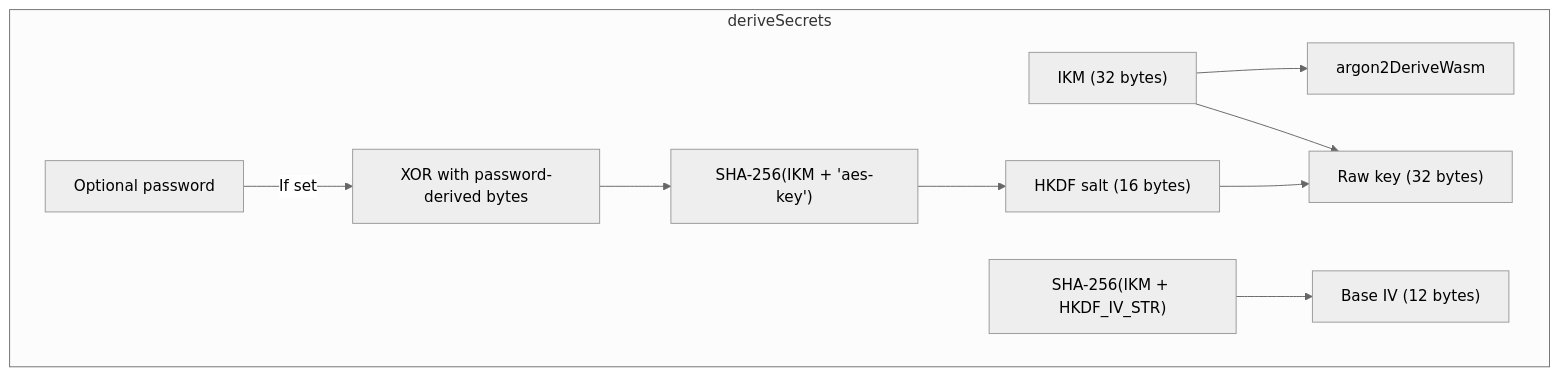
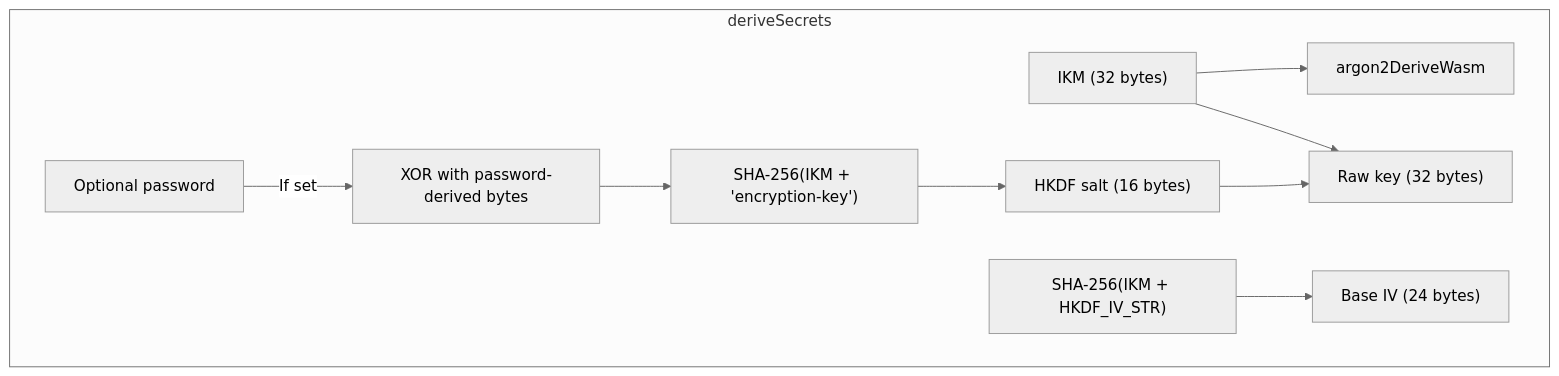
Before and after one commit to chithi-dev/chithi: diagram 23 of 33 in apps/docs/crypto-architecture.md, drawn with Mermaid (neutral theme). The commit also changed other lines of this file, not shown here.

First line of the commit message:
docs: update crypto-architecture.md for XChaCha20-Poly1305 migration

````diff
--- a/apps/docs/crypto-architecture.md
+++ b/apps/docs/crypto-architecture.md
@@ -751,22 +651,22 @@
 ```mermaid
 flowchart TD
     subgraph deriveSecrets
         IKM["IKM (32 bytes)"]
         Password["Optional password"]
         XOR["XOR with password-derived bytes"]
         Argon2["argon2DeriveWasm"]
-        SHA256_1["SHA-256(IKM + 'aes-key')"]
+        SHA256_1["SHA-256(IKM + 'encryption-key')"]
         SHA256_2["SHA-256(IKM + HKDF_IV_STR)"]
         HKDFSalt["HKDF salt (16 bytes)"]
-        BaseIV["Base IV (12 bytes)"]
+        BaseIV["Base IV (24 bytes)"]
         KeyRaw["Raw key (32 bytes)"]
     end
 
     IKM --> Argon2
     Password -->|If set| XOR
     XOR --> SHA256_1
     SHA256_1 --> HKDFSalt
     SHA256_2 --> BaseIV
     IKM --> KeyRaw
     HKDFSalt --> KeyRaw
 ```
````
